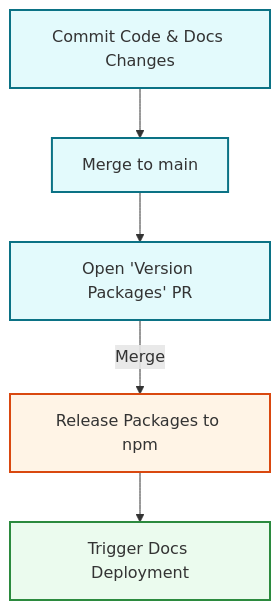
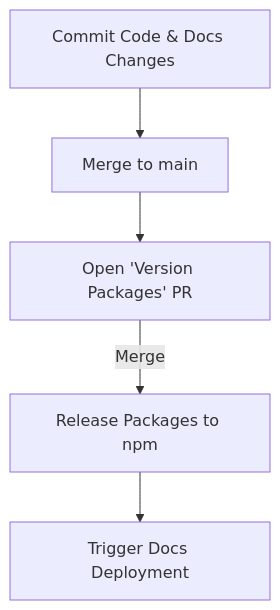
Before and after one commit to yamcodes/arkenv: the fourth of 5 diagrams in docs/adr/0006-branching-and-release-flow.md, drawn with Mermaid. The commit also changed other lines of this file, not shown here.

Commit message:
refactor: remove Mermaid class definitions and styling from ADR branching flow diagrams

````diff
--- a/docs/adr/0006-branching-and-release-flow.md
+++ b/docs/adr/0006-branching-and-release-flow.md
@@ -85,11 +71,7 @@
 ```mermaid
 graph TD
-    classDef main fill:#e3fafc,stroke:#0b7285,stroke-width:2px;
-    classDef deploy fill:#ebfbee,stroke:#2b8a3e,stroke-width:2px;
-    classDef release fill:#fff4e6,stroke:#d9480f,stroke-width:2px;
-    
-    A[Commit Code & Docs Changes]:::main --> B[Merge to main]:::main
-    B --> C["Open 'Version Packages' PR"]:::main
-    C -->|Merge| D[Release Packages to npm]:::release
-    D --> E[Trigger Docs Deployment]:::deploy
+    A[Commit Code & Docs Changes] --> B[Merge to main]
+    B --> C["Open 'Version Packages' PR"]
+    C -->|Merge| D[Release Packages to npm]
+    D --> E[Trigger Docs Deployment]
 ```
````
